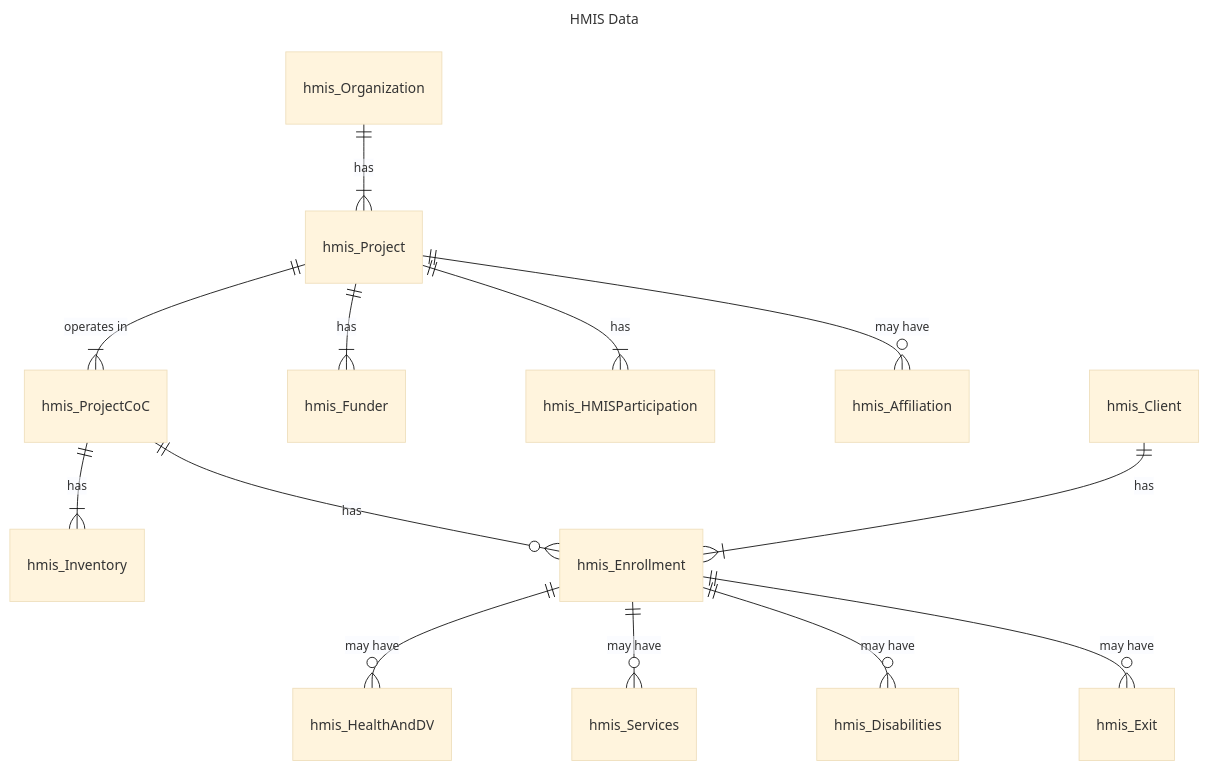
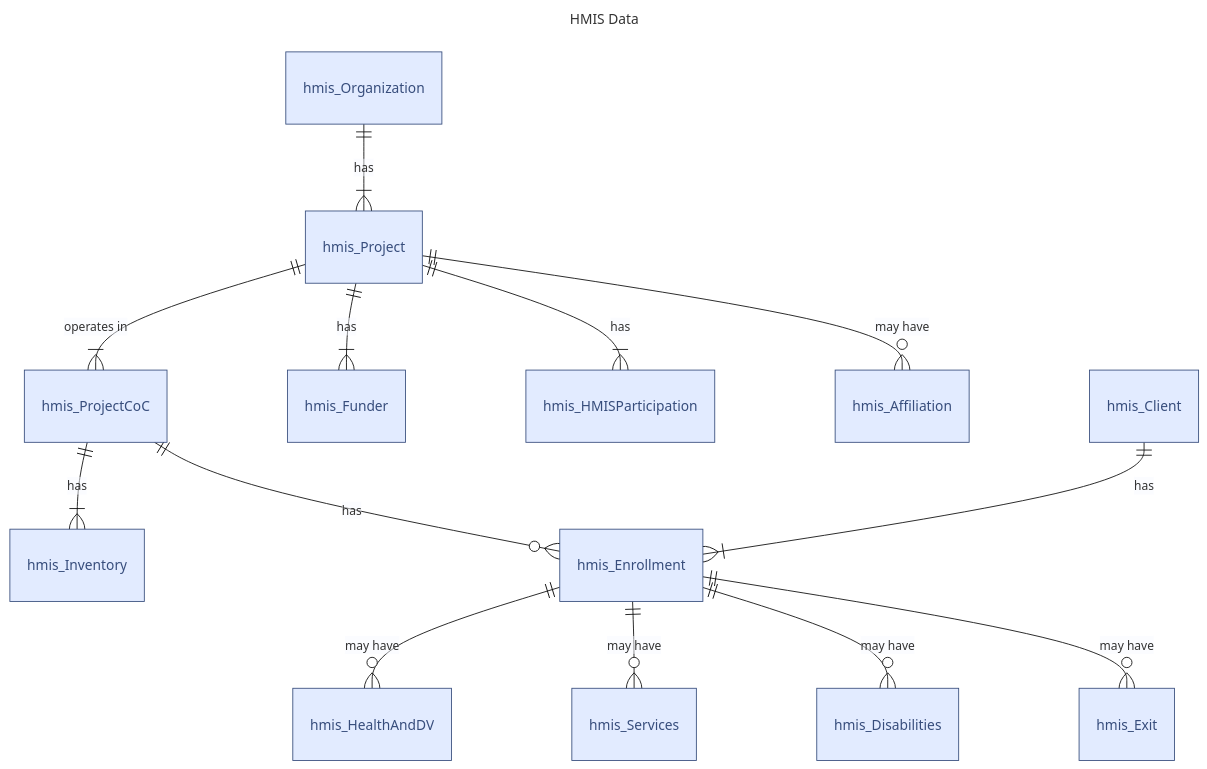
The first of 7 diagrams in docs/03 - Core Concepts and Data Universe.md (MollyMcEvilley/Matilda), drawn with Mermaid (base theme) before and after one commit. The commit also changed other lines of this file and 4 other files, not shown here.

Commit message:
diagrams

````diff
--- a/docs/03 - Core Concepts and Data Universe.md
+++ b/docs/03 - Core Concepts and Data Universe.md
@@ -16,20 +16,22 @@
 ``` mermaid
 ---
 title: HMIS Data
 ---
 
 erDiagram
     hmis_Organization ||--|{ hmis_Project : has
     hmis_Project ||--|{ hmis_ProjectCoC : "operates in"
     hmis_Project ||--|{ hmis_Funder : has
     hmis_Project ||--|{ hmis_HMISParticipation : has
     hmis_Project ||--o{ hmis_Affiliation : "may have"
     hmis_ProjectCoC ||--|{ hmis_Inventory : has
     hmis_ProjectCoC ||--o{ hmis_Enrollment : has
     hmis_Client ||--|{ hmis_Enrollment : has
     hmis_Enrollment ||--o{ hmis_HealthAndDV : "may have"
     hmis_Enrollment ||--o{ hmis_Services : "may have"
     hmis_Enrollment ||--o{ hmis_Disabilities : "may have"
     hmis_Enrollment ||--o{ hmis_Exit : "may have"
 
+    classDef default stroke:#374D7C, fill:#E2EBFF, color:#374D7C
+
 ```
````
